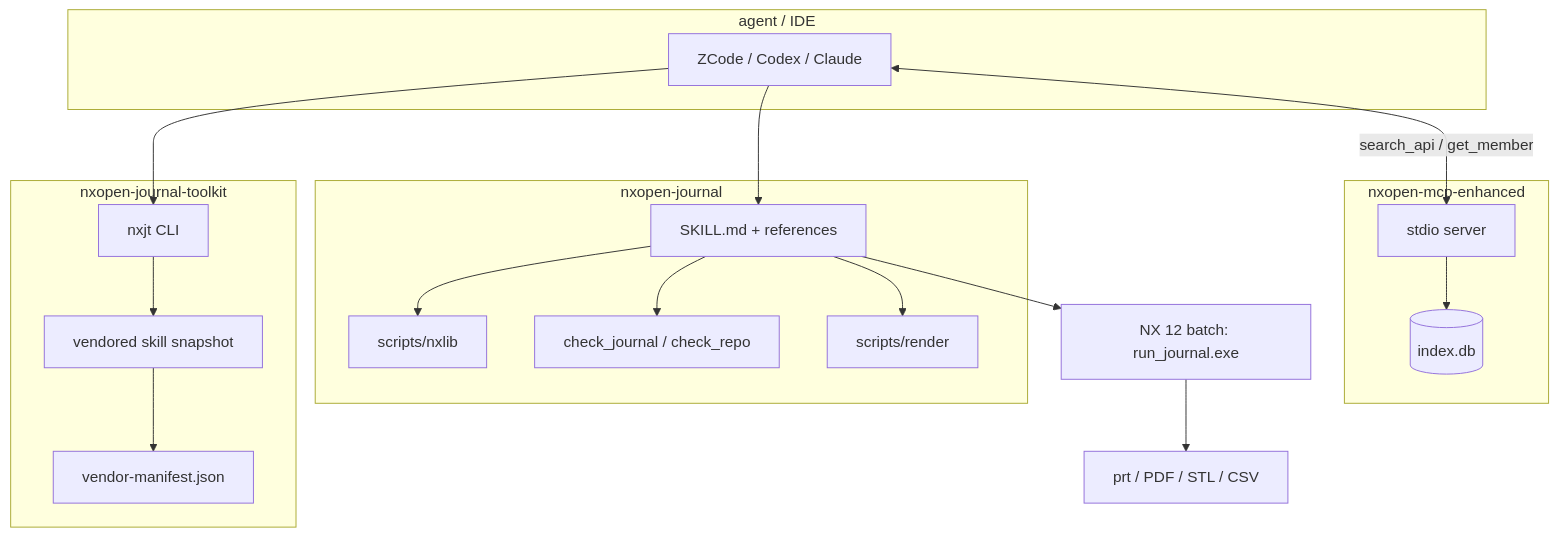
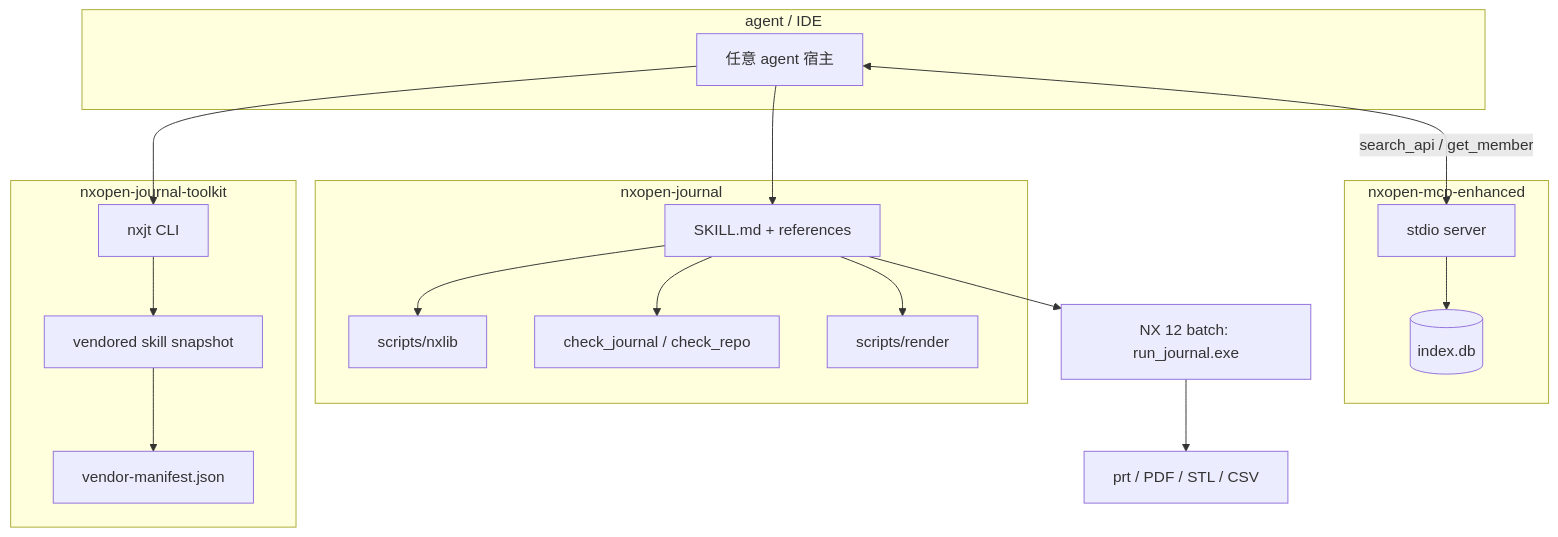
The second of 2 diagrams in README.md (EVOL233awa/nxopen-journal-toolkit), drawn with Mermaid before and after one commit. The commit also changed other lines of this file and 4 other files, not shown here.

````diff
--- a/README.md
+++ b/README.md
@@ -252,34 +329,34 @@
 ```mermaid
 flowchart TB
     subgraph Client["agent / IDE"]
-        AG[ZCode / Codex / Claude]
+        AG[任意 agent 宿主]
     end
     subgraph Toolkit["nxopen-journal-toolkit"]
         CLI[nxjt CLI]
         SNAP[vendored skill snapshot]
         MAN[vendor-manifest.json]
     end
     subgraph Skill["nxopen-journal"]
         SK[SKILL.md + references]
         NXlib[scripts/nxlib]
         CHK[check_journal / check_repo]
         REN[scripts/render]
     end
     subgraph MCP["nxopen-mcp-enhanced"]
         SRV[stdio server]
         IDX[(index.db)]
     end
     NX[NX 12 batch: run_journal.exe]
 
     AG --> CLI
     CLI --> SNAP
     SNAP --> MAN
     AG --> SK
     SK --> NXlib
     SK --> CHK
     SK --> REN
     AG <-->|search_api / get_member| SRV
     SRV --> IDX
     SK --> NX
     NX --> OUT[prt / PDF / STL / CSV]
 ```
````
